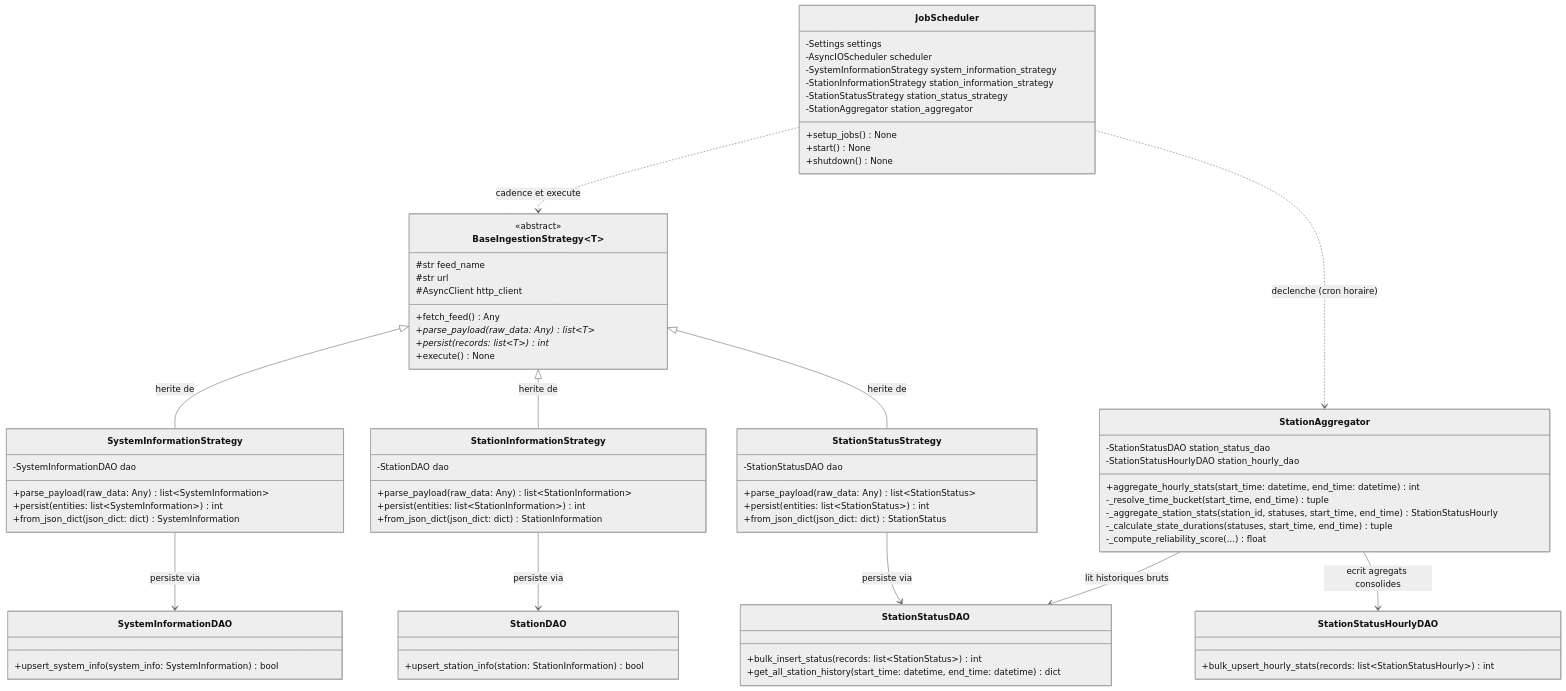
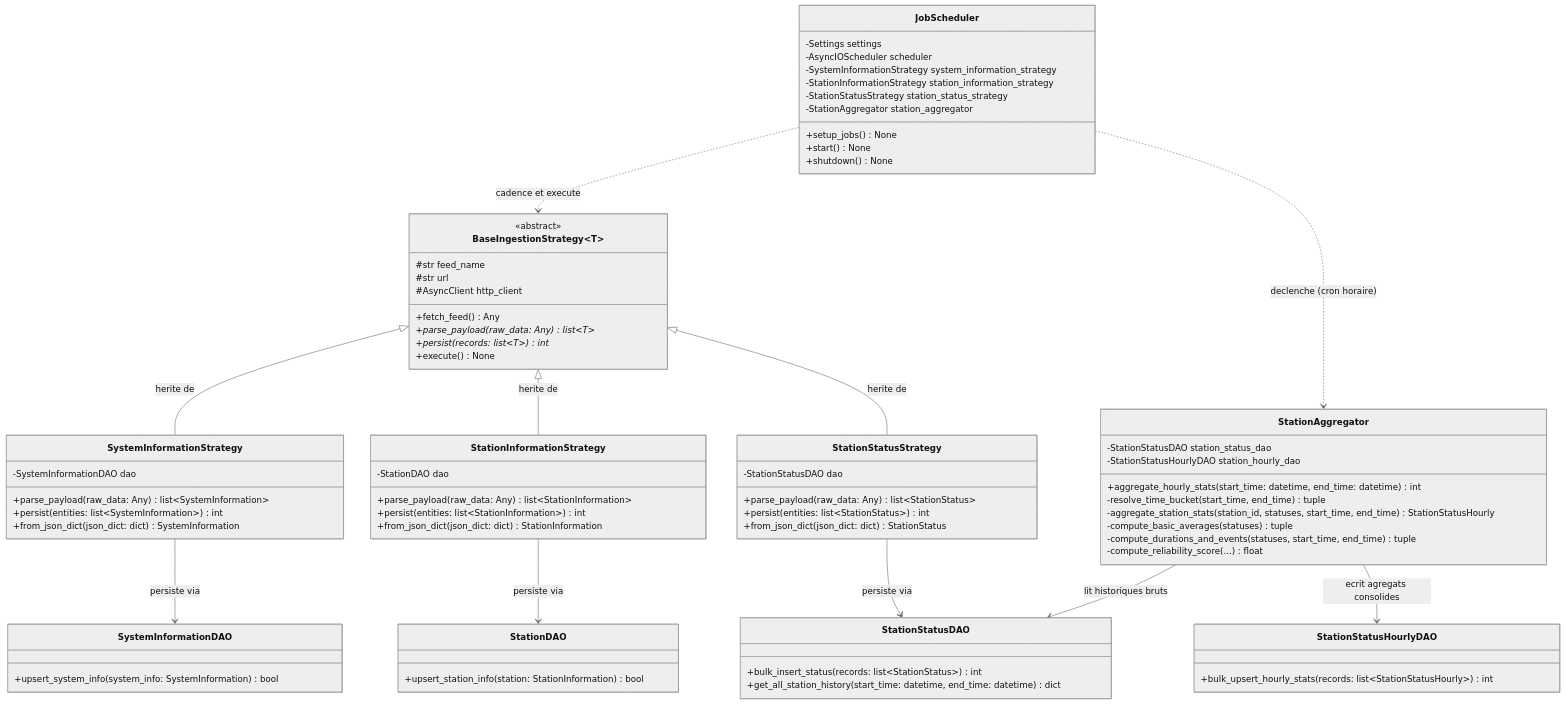
Before and after one commit to nathanlaimant/ensai-it-project-2a-team30: the third of 3 diagrams in doc/class_diagram.md, drawn with Mermaid (neutral theme). The commit also changed other lines of this file and 4 other files, not shown here.

```diff
--- a/doc/class_diagram.md
+++ b/doc/class_diagram.md
@@ -348,10 +348,11 @@
         -StationStatusDAO station_status_dao
         -StationStatusHourlyDAO station_hourly_dao
         +aggregate_hourly_stats(start_time: datetime, end_time: datetime) int
-        -_resolve_time_bucket(start_time, end_time) tuple
-        -_aggregate_station_stats(station_id, statuses, start_time, end_time) StationStatusHourly
-        -_calculate_state_durations(statuses, start_time, end_time) tuple
-        -_compute_reliability_score(...) float
+        -resolve_time_bucket(start_time, end_time) tuple
+        -aggregate_station_stats(station_id, statuses, start_time, end_time) StationStatusHourly
+        -compute_basic_averages(statuses) tuple
+        -compute_durations_and_events(statuses, start_time, end_time) tuple
+        -compute_reliability_score(...) float
     }
 
     %% ==========================================
```
